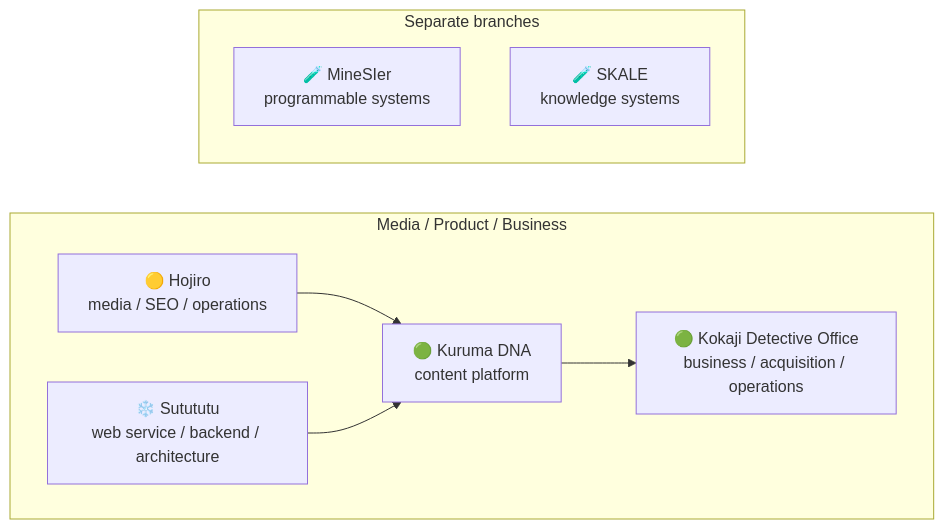
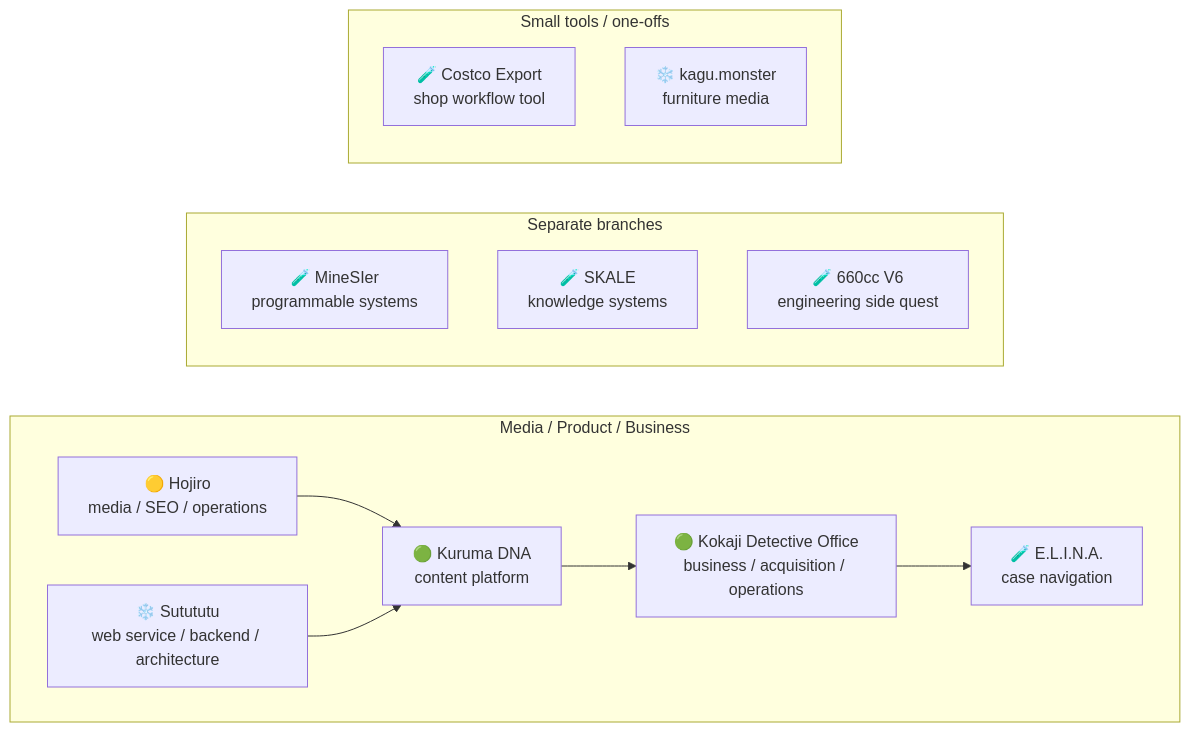
One commit to hodzilla51/hodzilla51 changed the diagram in README.md. Above: the diagram before and after it, drawn with Mermaid. The commit also changed other lines of this file, not shown here.

Commit message:
docs: expand projects and side quests

````diff
--- a/README.md
+++ b/README.md
@@ -99,20 +137,28 @@
 ```mermaid
 flowchart LR
     subgraph P[Media / Product / Business]
         direction LR
         HJ[🟡 Hojiro<br/>media / SEO / operations]
         ST[❄️ Sutututu<br/>web service / backend / architecture]
         KD[🟢 Kuruma DNA<br/>content platform]
         KO[🟢 Kokaji Detective Office<br/>business / acquisition / operations]
+        EL[🧪 E.L.I.N.A.<br/>case navigation]
 
         HJ --> KD
         ST --> KD
         KD --> KO
+        KO --> EL
     end
 
     subgraph X[Separate branches]
         direction TB
         MI[🧪 MineSIer<br/>programmable systems]
         SK[🧪 SKALE<br/>knowledge systems]
+        CV[🧪 660cc V6<br/>engineering side quest]
+    end
+
+    subgraph T[Small tools / one-offs]
+        CE[🧪 Costco Export<br/>shop workflow tool]
+        KG[❄️ kagu.monster<br/>furniture media]
     end
 ```
````
